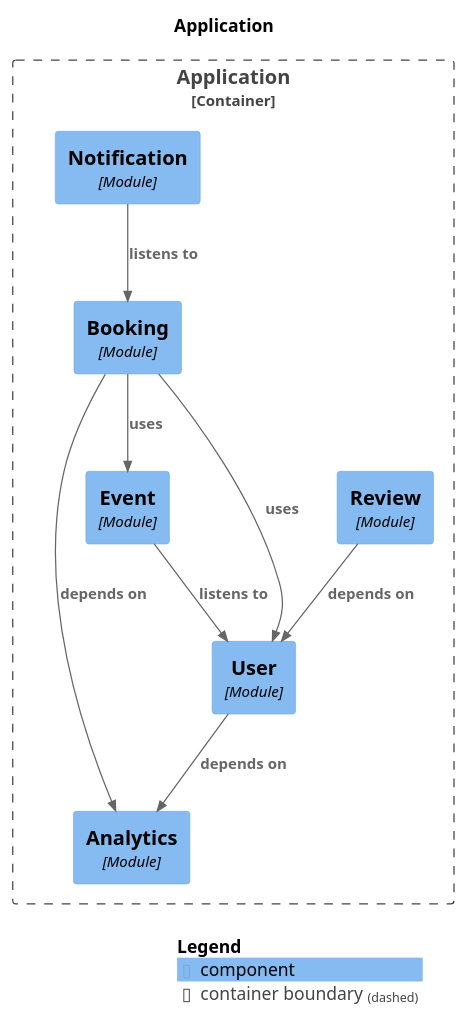
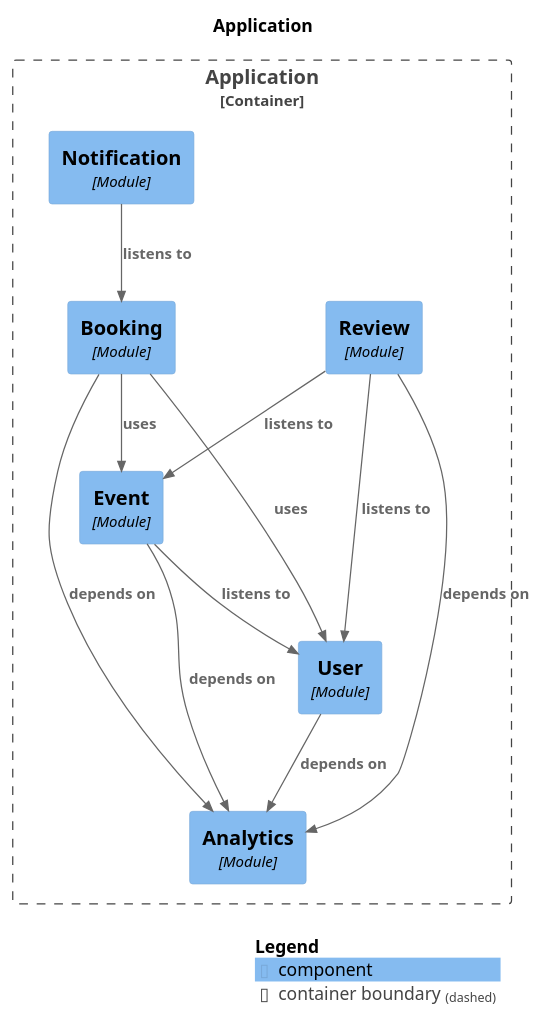
Before and after one commit to Spring-Boot-Microservices-2024/project: the diagram in documentation/components.puml, drawn with PlantUML. The commit also changed 9 other files, not shown here.

```diff
--- a/documentation/components.puml
+++ b/documentation/components.puml
@@ -1,29 +1,32 @@
 @startuml
 set separator none
 title Application
 
 top to bottom direction
 
 !include <C4/C4>
 !include <C4/C4_Context>
 !include <C4/C4_Component>
 
 Container_Boundary("Application.Application_boundary", "Application", $tags="") {
   Component(Application.Application.Analytics, "Analytics", $techn="Module", $descr="", $tags="", $link="")
   Component(Application.Application.Notification, "Notification", $techn="Module", $descr="", $tags="", $link="")
   Component(Application.Application.Booking, "Booking", $techn="Module", $descr="", $tags="", $link="")
   Component(Application.Application.Review, "Review", $techn="Module", $descr="", $tags="", $link="")
   Component(Application.Application.Event, "Event", $techn="Module", $descr="", $tags="", $link="")
   Component(Application.Application.User, "User", $techn="Module", $descr="", $tags="", $link="")
 }
 
+Rel(Application.Application.Review, Application.Application.Event, "listens to", $techn="", $tags="", $link="")
+Rel(Application.Application.Review, Application.Application.Analytics, "depends on", $techn="", $tags="", $link="")
+Rel(Application.Application.User, Application.Application.Analytics, "depends on", $techn="", $tags="", $link="")
+Rel(Application.Application.Event, Application.Application.User, "listens to", $techn="", $tags="", $link="")
+Rel(Application.Application.Event, Application.Application.Analytics, "depends on", $techn="", $tags="", $link="")
 Rel(Application.Application.Booking, Application.Application.Analytics, "depends on", $techn="", $tags="", $link="")
 Rel(Application.Application.Booking, Application.Application.Event, "uses", $techn="", $tags="", $link="")
 Rel(Application.Application.Booking, Application.Application.User, "uses", $techn="", $tags="", $link="")
 Rel(Application.Application.Notification, Application.Application.Booking, "listens to", $techn="", $tags="", $link="")
-Rel(Application.Application.User, Application.Application.Analytics, "depends on", $techn="", $tags="", $link="")
-Rel(Application.Application.Review, Application.Application.User, "depends on", $techn="", $tags="", $link="")
-Rel(Application.Application.Event, Application.Application.User, "listens to", $techn="", $tags="", $link="")
+Rel(Application.Application.Review, Application.Application.User, "listens to", $techn="", $tags="", $link="")
 
 SHOW_LEGEND(true)
 @enduml
```
